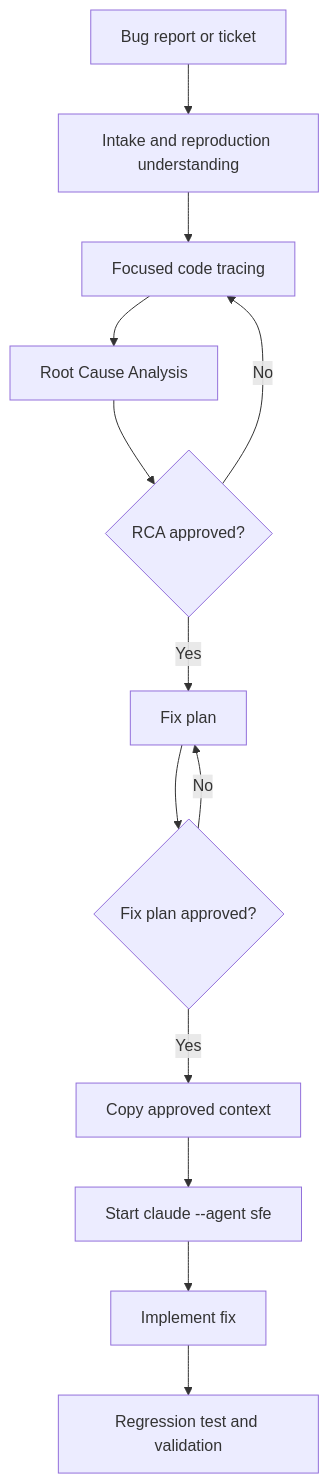
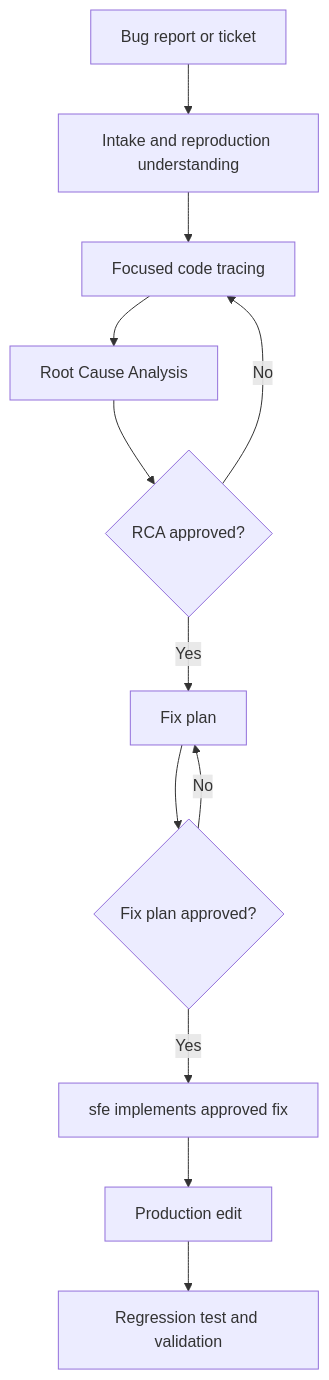
One commit to YashLT224/claude-fe-agent changed the fifth of 6 diagrams in README.md. Above: the diagram before and after it, drawn with Mermaid. The commit also changed other lines of this file and 7 other files, not shown here.

````diff
--- a/README.md
+++ b/README.md
@@ -403,15 +408,14 @@
 ```mermaid
 flowchart TD
     REPORT["Bug report or ticket"] --> INTAKE["Intake and reproduction understanding"]
     INTAKE --> TRACE["Focused code tracing"]
     TRACE --> RCA["Root Cause Analysis"]
     RCA --> ROK{"RCA approved?"}
     ROK -->|"No"| TRACE
     ROK -->|"Yes"| PLAN["Fix plan"]
     PLAN --> POK{"Fix plan approved?"}
     POK -->|"No"| PLAN
-    POK -->|"Yes"| HANDOFF["Copy approved context"]
-    HANDOFF --> SFE["Start claude --agent sfe"]
-    SFE --> FIX["Implement fix"]
+    POK -->|"Yes"| SFE["sfe implements approved fix"]
+    SFE --> FIX["Production edit"]
     FIX --> REG["Regression test and validation"]
 ```
````
